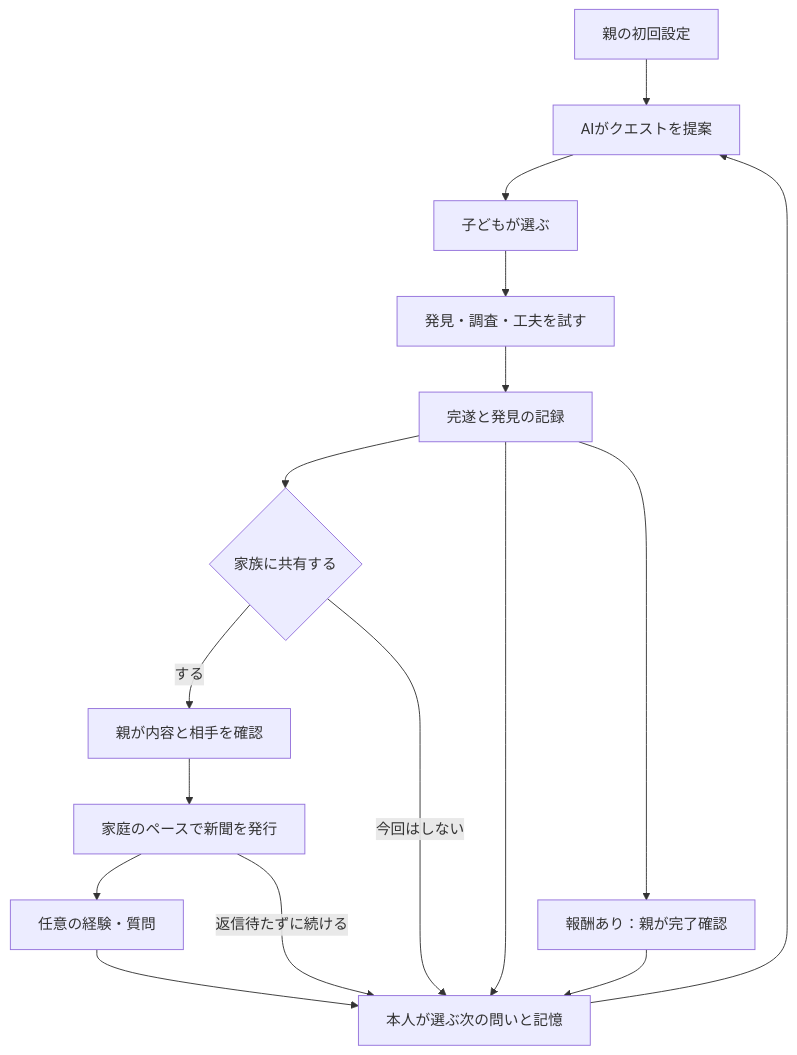
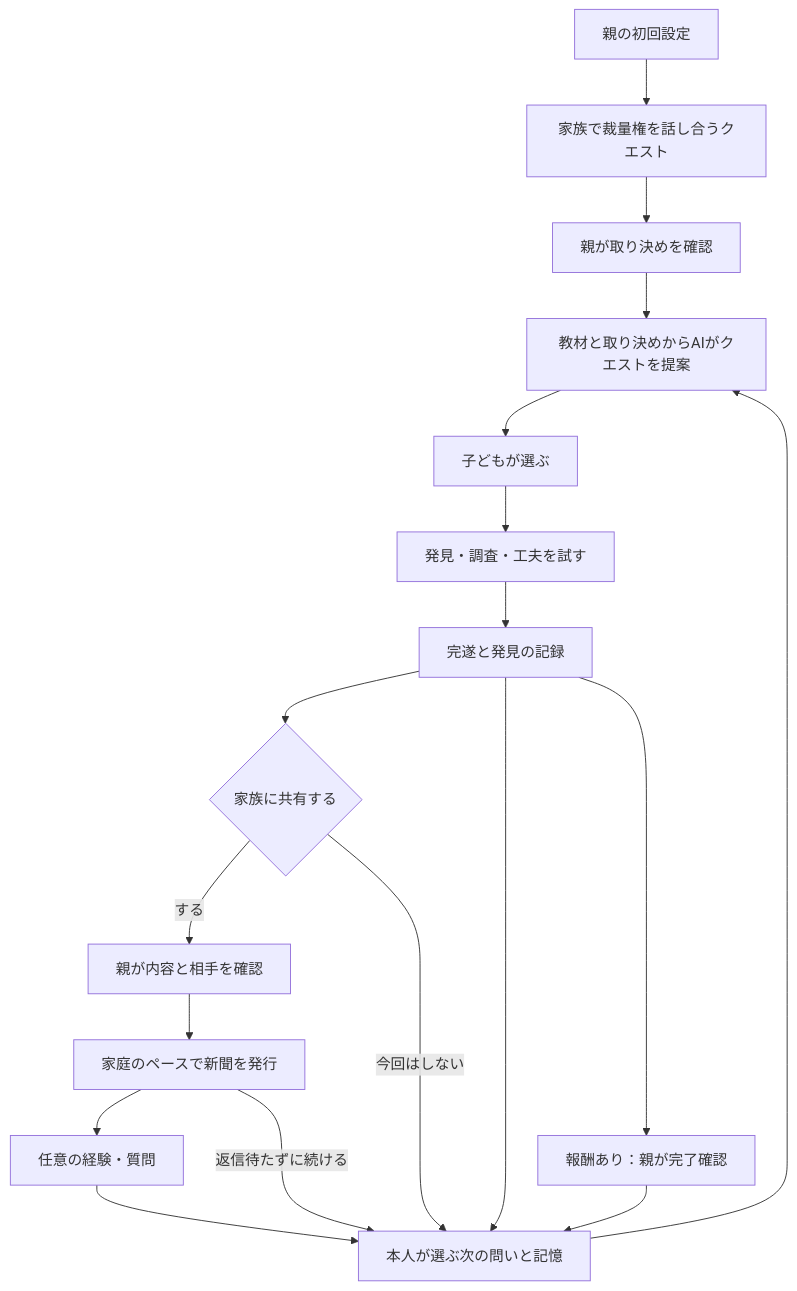
Before and after one commit to saienjoy0/saitama-: the first of 2 diagrams in docs/design/product-design-v0.1.md, drawn with Mermaid. The commit also changed other lines of this file and 12 other files, not shown here.

````diff
--- a/docs/design/product-design-v0.1.md
+++ b/docs/design/product-design-v0.1.md
@@ -47,18 +47,20 @@
 ```mermaid
 flowchart TD
- A["親の初回設定"] --> B["AIがクエストを提案"]
+ A["親の初回設定"] --> A1["家族で裁量権を話し合うクエスト"]
+ A1 --> A2["親が取り決めを確認"]
+ A2 --> B["教材と取り決めからAIがクエストを提案"]
  B --> C["子どもが選ぶ"]
  C --> D["発見・調査・工夫を試す"]
  D --> E["完遂と発見の記録"]
  E --> F["報酬あり：親が完了確認"]
  E --> G{"家族に共有する"}
  G -->|する| H["親が内容と相手を確認"]
  H --> I["家庭のペースで新聞を発行"]
  I --> J["任意の経験・質問"]
  J --> K["本人が選ぶ次の問いと記憶"]
  I -->|返信待たずに続ける| K
  G -->|今回はしない| K
  E --> K
  F --> K
  K --> B
 ```
````
